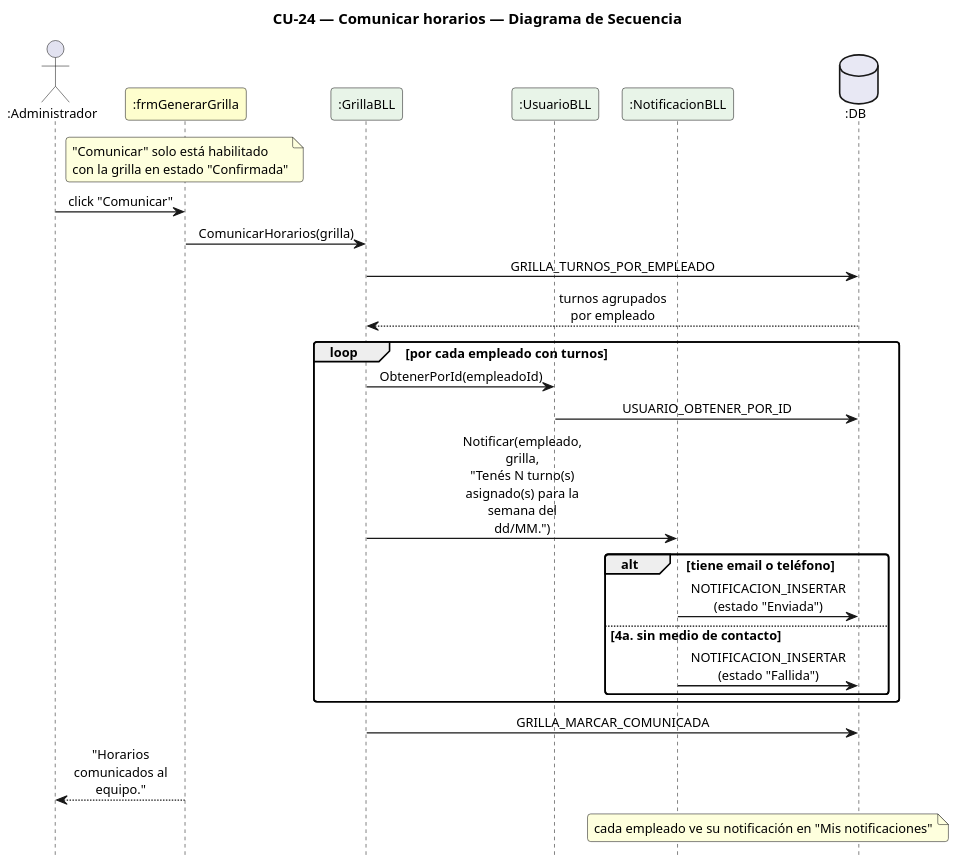
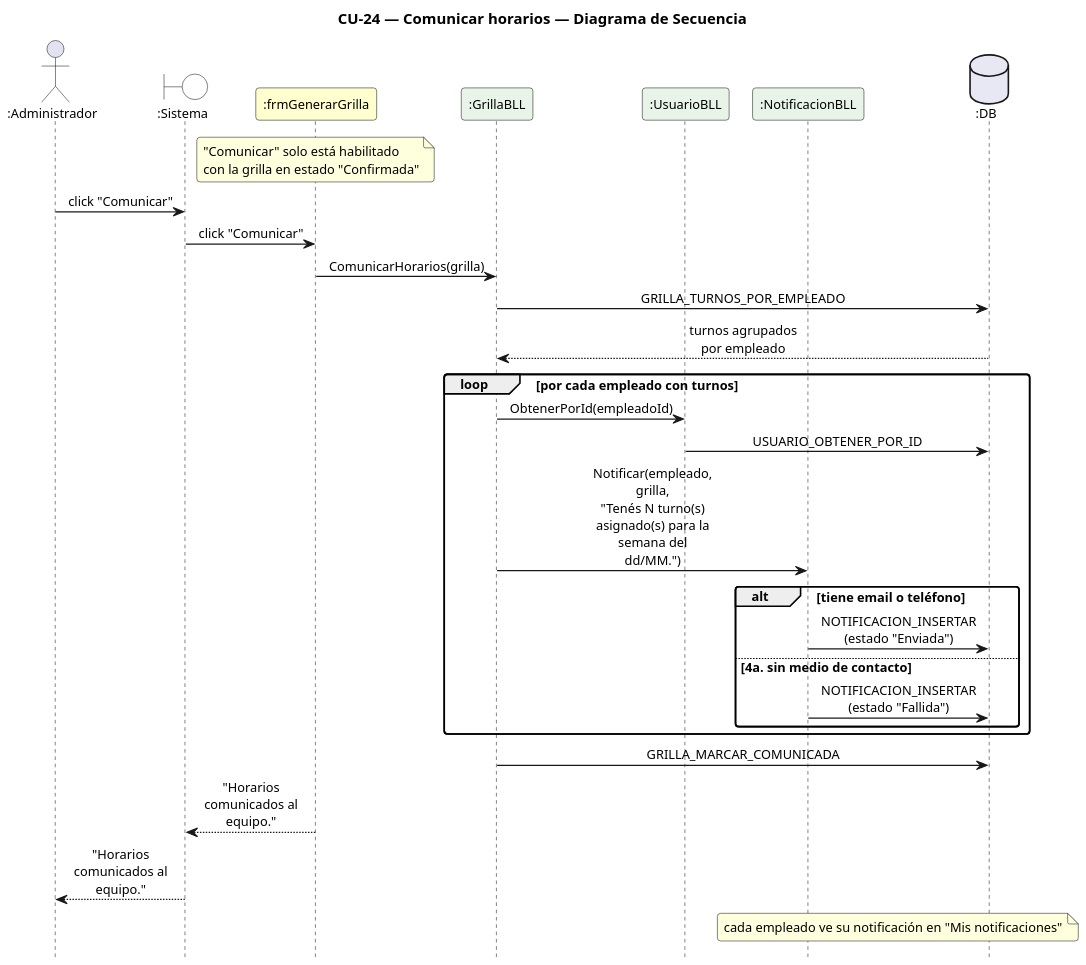
Before and after one commit to Urrels/ingenieria_software: the diagram in DIAGRAMAS/DiagramaSecuencia_CU24_ComunicarHorarios.puml, drawn with PlantUML. The commit also changed 78 other files, not shown here.

First line of the commit message:
Diagramas de secuencia: carril :Sistema entre el actor y las clases

```diff
--- a/DIAGRAMAS/DiagramaSecuencia_CU24_ComunicarHorarios.puml
+++ b/DIAGRAMAS/DiagramaSecuencia_CU24_ComunicarHorarios.puml
@@ -1,42 +1,45 @@
 @startuml DiagramaSecuencia_CU24_ComunicarHorarios
 
 title CU-24 — Comunicar horarios — Diagrama de Secuencia
 
 skinparam shadowing false
 skinparam roundcorner 6
 skinparam sequenceArrowThickness 1.2
 skinparam ParticipantPadding 6
 skinparam BoxPadding 4
 skinparam maxMessageSize 115
 skinparam sequenceMessageAlign center
 skinparam defaultFontSize 12
 skinparam dpi 140
 hide footbox
 
 actor ":Administrador" as A
+boundary ":Sistema" as SYS #FFFFFF
 participant ":frmGenerarGrilla" as F #FEFECE
 participant ":GrillaBLL" as G #E8F4E8
 participant ":UsuarioBLL" as UB #E8F4E8
 participant ":NotificacionBLL" as N #E8F4E8
 database ":DB" as DB #E8E8F4
 
 note over F : "Comunicar" solo está habilitado\ncon la grilla en estado "Confirmada"
-A -> F : click "Comunicar"
+A -> SYS : click "Comunicar"
+SYS -> F : click "Comunicar"
 F -> G : ComunicarHorarios(grilla)
 G -> DB : GRILLA_TURNOS_POR_EMPLEADO
 DB --> G : turnos agrupados por empleado
 loop por cada empleado con turnos
   G -> UB : ObtenerPorId(empleadoId)
   UB -> DB : USUARIO_OBTENER_POR_ID
   G -> N : Notificar(empleado, grilla,\n"Tenés N turno(s) asignado(s) para la semana del dd/MM.")
   alt tiene email o teléfono
     N -> DB : NOTIFICACION_INSERTAR (estado "Enviada")
   else 4a. sin medio de contacto
     N -> DB : NOTIFICACION_INSERTAR (estado "Fallida")
   end
 end
 G -> DB : GRILLA_MARCAR_COMUNICADA
-F --> A : "Horarios comunicados al equipo."
+F --> SYS : "Horarios comunicados al equipo."
+SYS --> A : "Horarios comunicados al equipo."
 note over N, DB : cada empleado ve su notificación en "Mis notificaciones"
 
 @enduml
```
